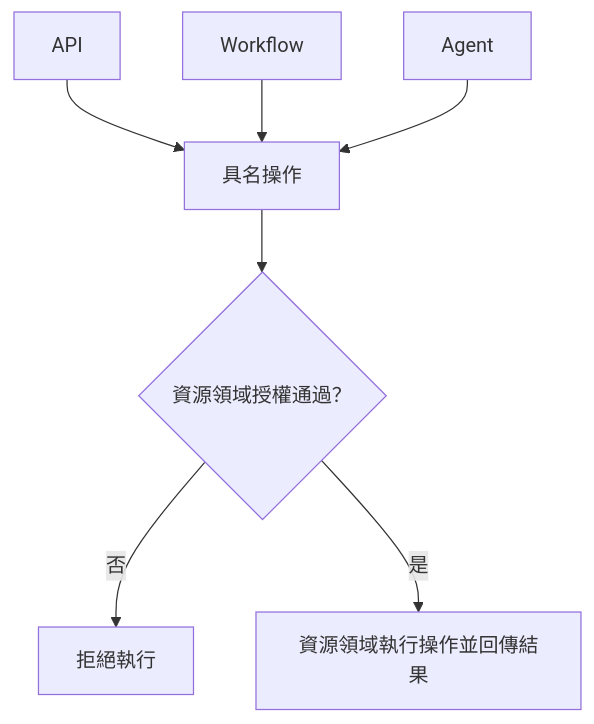
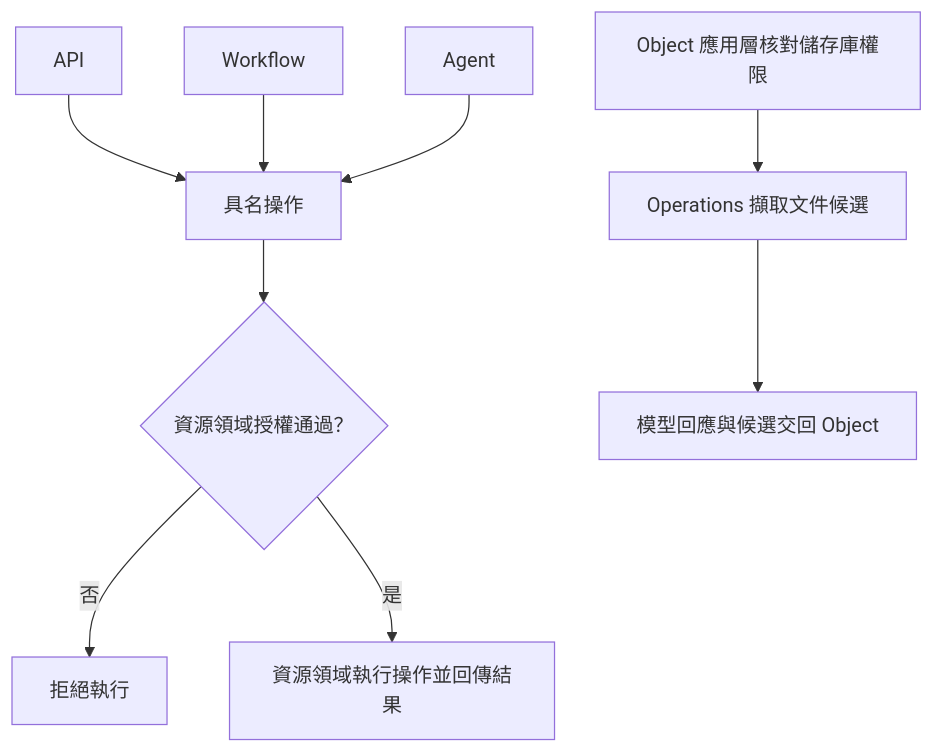
One commit to 963sup/line-mini-app-bot changed the diagram in docs/proposals/operations.md. Above: the diagram before and after it, drawn with Mermaid. The commit also changed other lines of this file and 9 other files, not shown here.

````diff
--- a/docs/proposals/operations.md
+++ b/docs/proposals/operations.md
@@ -11,9 +11,11 @@
 ```mermaid
 flowchart TD
     api["API"] --> op["具名操作"]
     flow["Workflow"] --> op
     agent["Agent"] --> op
     op --> auth{"資源領域授權通過？"}
     auth -->|否| reject["拒絕執行"]
     auth -->|是| execute["資源領域執行操作並回傳結果"]
+    object["Object 應用層核對儲存庫權限"] --> extract["Operations 擷取文件候選"]
+    extract --> response["模型回應與候選交回 Object"]
 ```
````
